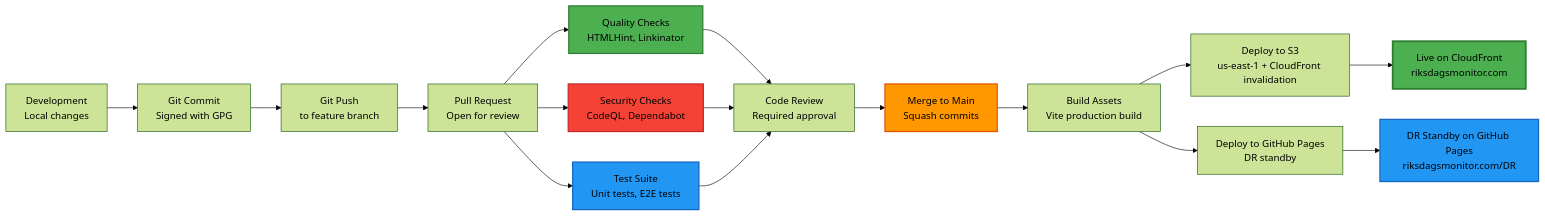
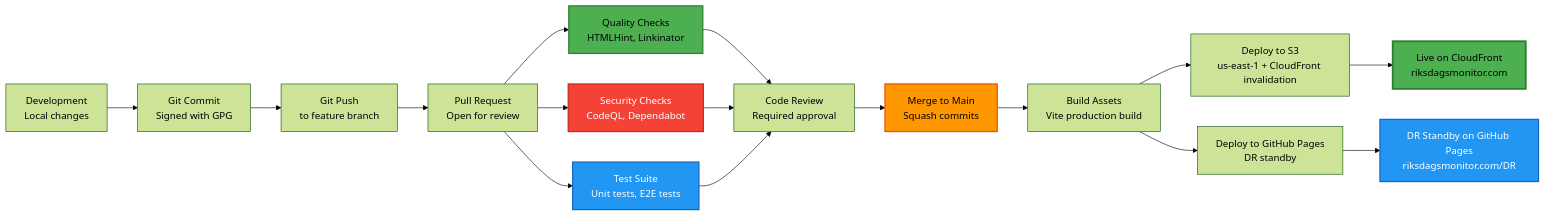
Diagram 15 of 16 in ARCHITECTURE.md (Hack23/riksdagsmonitor), drawn with Mermaid (forest theme) before and after one commit. The commit also changed other lines of this file and 11 other files, not shown here.

First line of the commit message:
Fix broken mermaid diagrams: SWOT gantt, quadrantChart theming, init quotes, text colors

````diff
--- a/ARCHITECTURE.md
+++ b/ARCHITECTURE.md
@@ -1341,29 +1341,29 @@
 ```mermaid
 graph LR
     Dev[Development<br/>Local changes] --> Commit[Git Commit<br/>Signed with GPG]
     Commit --> Push[Git Push<br/>to feature branch]
     Push --> PR[Pull Request<br/>Open for review]
     
     PR --> Quality[Quality Checks<br/>HTMLHint, Linkinator]
     PR --> Security[Security Checks<br/>CodeQL, Dependabot]
     PR --> Tests[Test Suite<br/>Unit tests, E2E tests]
     
     Quality --> Review[Code Review<br/>Required approval]
     Security --> Review
     Tests --> Review
     
     Review --> Merge[Merge to Main<br/>Squash commits]
     Merge --> Build[Build Assets<br/>Vite production build]
     Build --> DeployS3[Deploy to S3<br/>us-east-1 + CloudFront invalidation]
     Build --> DeployGH[Deploy to GitHub Pages<br/>DR standby]
     
     DeployS3 --> LivePrimary[Live on CloudFront<br/>riksdagsmonitor.com]
     DeployGH --> LiveDR[DR Standby on GitHub Pages<br/>riksdagsmonitor.com/DR]
     
-    style Quality fill:#4caf50,stroke:#2e7d32,stroke-width:2px
-    style Security fill:#f44336,stroke:#c62828,stroke-width:2px
-    style Tests fill:#2196f3,stroke:#1565c0,stroke-width:2px
-    style Merge fill:#ff9800,stroke:#e65100,stroke-width:2px
-    style LivePrimary fill:#4caf50,stroke:#2e7d32,stroke-width:3px
-    style LiveDR fill:#2196f3,stroke:#1565c0,stroke-width:2px
+    style Quality fill:#4caf50,stroke:#2e7d32,stroke-width:2px,color:#000000
+    style Security fill:#f44336,stroke:#c62828,stroke-width:2px,color:#ffffff
+    style Tests fill:#2196f3,stroke:#1565c0,stroke-width:2px,color:#ffffff
+    style Merge fill:#ff9800,stroke:#e65100,stroke-width:2px,color:#000000
+    style LivePrimary fill:#4caf50,stroke:#2e7d32,stroke-width:3px,color:#000000
+    style LiveDR fill:#2196f3,stroke:#1565c0,stroke-width:2px,color:#ffffff
 ```
````
